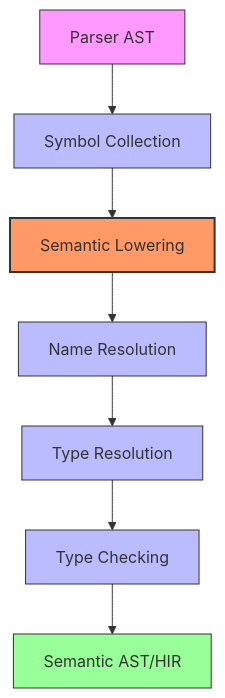
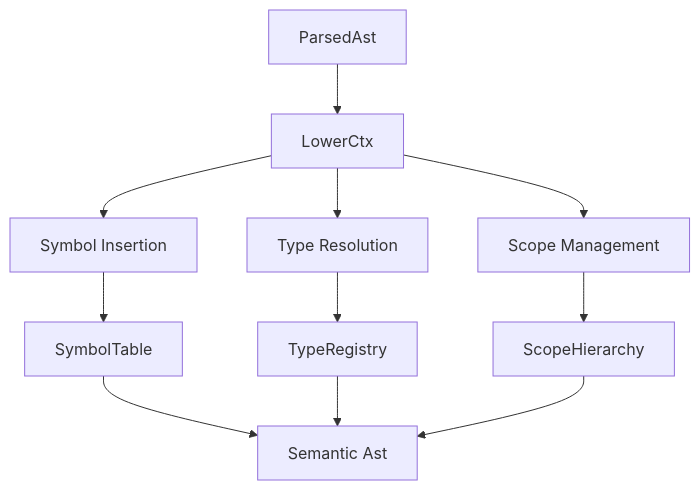
One commit to bungcip/cendol changed the first of 3 diagrams in design-document/semantic_lowering_flow.md. Above: the diagram before and after it, drawn with Mermaid. The commit also changed other lines of this file and 16 other files, not shown here.

````diff
--- a/design-document/semantic_lowering_flow.md
+++ b/design-document/semantic_lowering_flow.md
@@ -5,17 +7,11 @@
 ```mermaid
 flowchart TD
-    A[Parser AST] --> B[Symbol Collection]
-    B --> C[Semantic Lowering]
-    C --> D[Name Resolution]
-    D --> E[Type Resolution]
-    E --> F[Type Checking]
-    F --> G[Semantic AST/HIR]
-
-    style A fill:#f9f,stroke:#333
-    style B fill:#bbf,stroke:#333
-    style C fill:#f96,stroke:#333,stroke-width:2px
-    style D fill:#bbf,stroke:#333
-    style E fill:#bbf,stroke:#333
-    style F fill:#bbf,stroke:#333
-    style G fill:#9f9,stroke:#333
+    A[ParsedAst] --> B[LowerCtx]
+    B --> C[Symbol Insertion]
+    B --> D[Type Resolution]
+    B --> E[Scope Management]
+    C --> F[SymbolTable]
+    D --> G[TypeRegistry]
+    E --> H[ScopeHierarchy]
+    F & G & H --> I[Semantic Ast]
 ```
````
